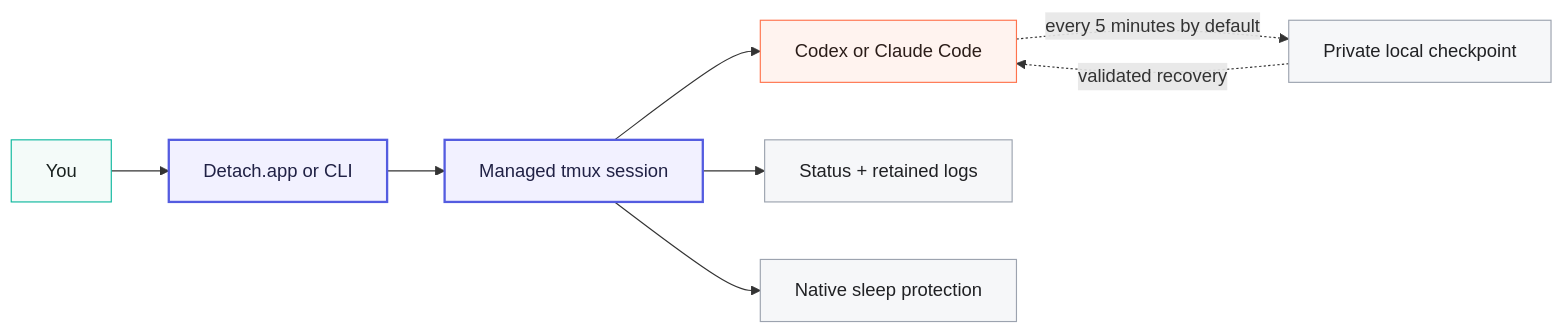
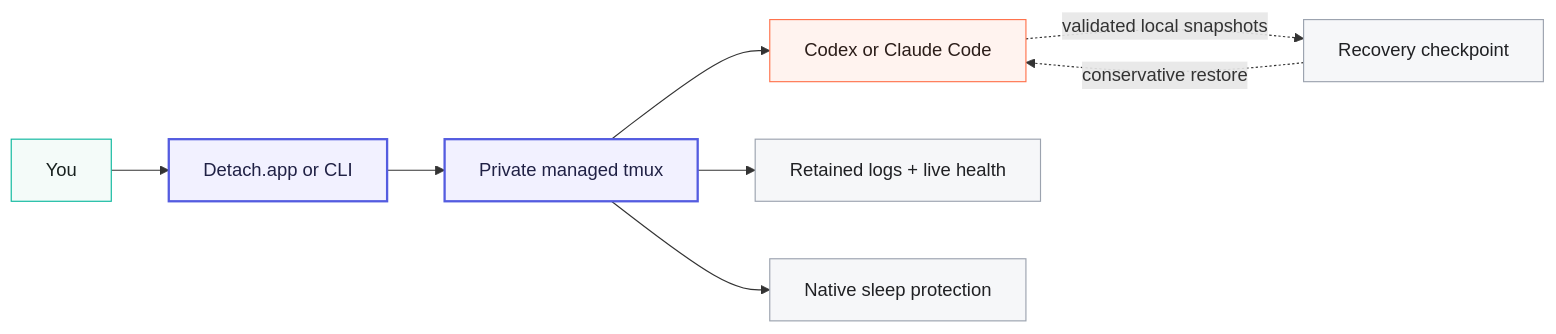
The diagram in README.md (iltsarev/detach), drawn with Mermaid before and after one commit. The commit also changed other lines of this file, not shown here.

````diff
--- a/README.md
+++ b/README.md
@@ -254,19 +127,19 @@
 ```mermaid
 flowchart LR
     U["You"] --> D["Detach.app or CLI"]
-    D --> T["Managed tmux session"]
+    D --> T["Private managed tmux"]
     T --> P["Codex or Claude Code"]
-    T --> O["Status + retained logs"]
+    T --> L["Retained logs + live health"]
     T --> A["Native sleep protection"]
-    P -. "every 5 minutes by default" .-> C["Private local checkpoint"]
-    C -. "validated recovery" .-> P
+    P -. "validated local snapshots" .-> C["Recovery checkpoint"]
+    C -. "conservative restore" .-> P
 
     classDef user fill:#F4FBF9,stroke:#0DB89E,color:#18211F;
     classDef detach fill:#F2F1FF,stroke:#545CE0,color:#202145,stroke-width:2px;
     classDef provider fill:#FFF3EF,stroke:#FF734D,color:#2B1D19;
     classDef state fill:#F6F7F9,stroke:#9CA3AF,color:#202124;
     class U user;
     class D,T detach;
     class P provider;
-    class O,A,C state;
+    class L,A,C state;
 ```
````
